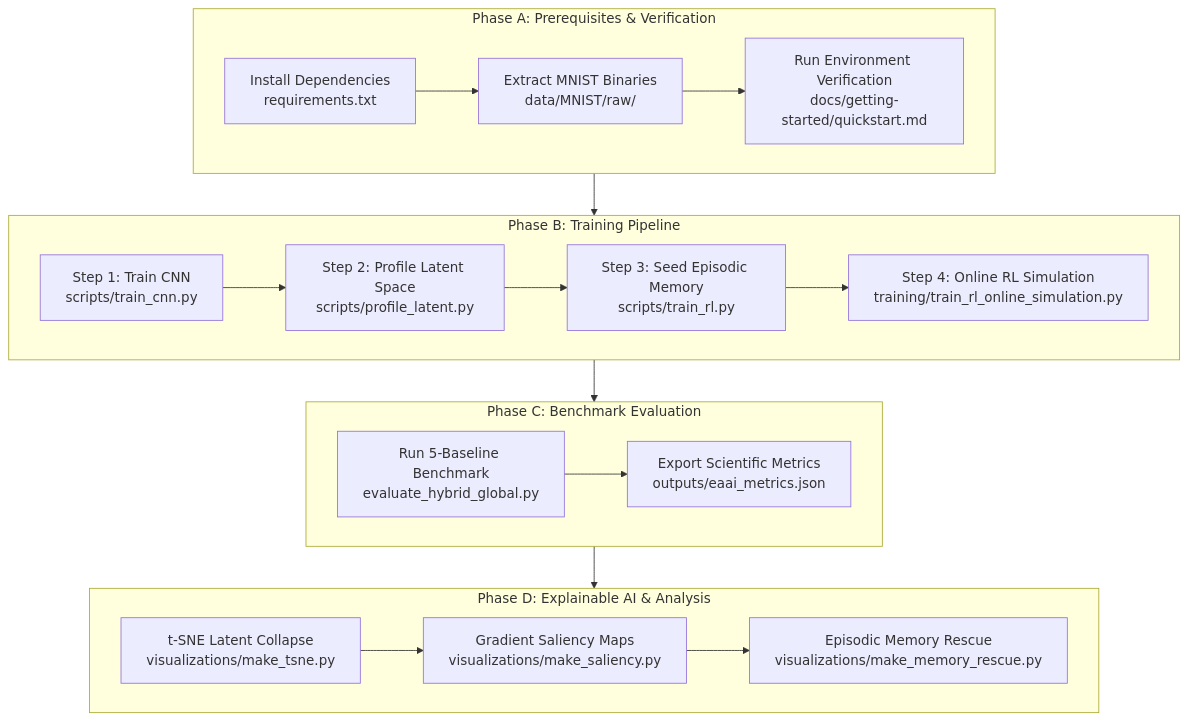
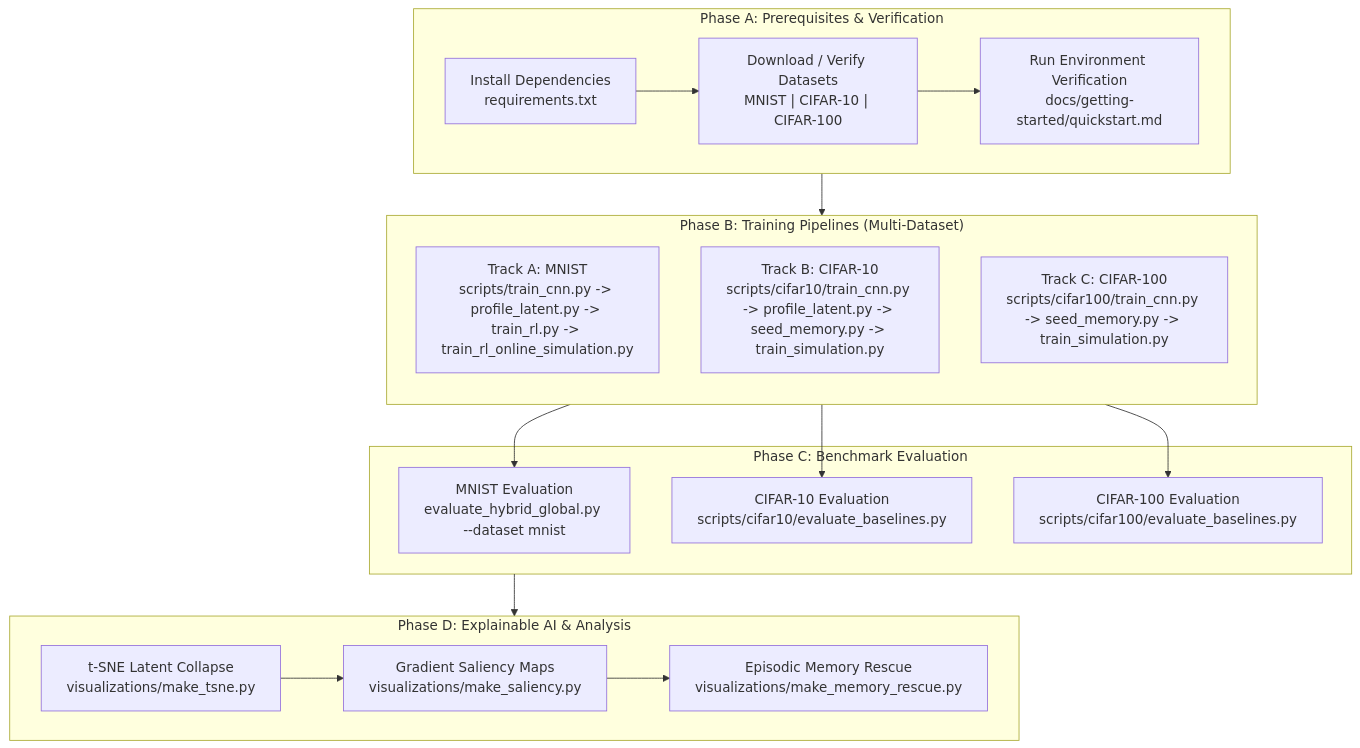
The diagram in docs/guides/README.md (Santiago-1211173/projeto-cnn), drawn with Mermaid before and after one commit. The commit also changed other lines of this file and 18 other files, not shown here.

Commit message:
docs: add comprehensive documentation and architecture guides for CIFAR-100 implementation

````diff
--- a/docs/guides/README.md
+++ b/docs/guides/README.md
@@ -32,32 +32,35 @@
 ```mermaid
 flowchart TD
     subgraph S1["Phase A: Prerequisites & Verification"]
         A1["Install Dependencies<br>requirements.txt"]
-        A2["Extract MNIST Binaries<br>data/MNIST/raw/"]
+        A2["Download / Verify Datasets<br>MNIST | CIFAR-10 | CIFAR-100"]
         A3["Run Environment Verification<br>docs/getting-started/quickstart.md"]
         A1 --> A2 --> A3
     end
 
-    subgraph S2["Phase B: Training Pipeline"]
-        B1["Step 1: Train CNN<br>scripts/train_cnn.py"]
-        B2["Step 2: Profile Latent Space<br>scripts/profile_latent.py"]
-        B3["Step 3: Seed Episodic Memory<br>scripts/train_rl.py"]
-        B4["Step 4: Online RL Simulation<br>training/train_rl_online_simulation.py"]
-        B1 --> B2 --> B3 --> B4
+    subgraph S2["Phase B: Training Pipelines (Multi-Dataset)"]
+        direction TB
+        B_M["Track A: MNIST<br>scripts/train_cnn.py -> profile_latent.py -> train_rl.py -> train_rl_online_simulation.py"]
+        B_C10["Track B: CIFAR-10<br>scripts/cifar10/train_cnn.py -> profile_latent.py -> seed_memory.py -> train_simulation.py"]
+        B_C100["Track C: CIFAR-100<br>scripts/cifar100/train_cnn.py -> seed_memory.py -> train_simulation.py"]
     end
 
     subgraph S3["Phase C: Benchmark Evaluation"]
-        C1["Run 5-Baseline Benchmark<br>evaluate_hybrid_global.py"]
-        C2["Export Scientific Metrics<br>outputs/eaai_metrics.json"]
-        C1 --> C2
+        C_M["MNIST Evaluation<br>evaluate_hybrid_global.py --dataset mnist"]
+        C_C10["CIFAR-10 Evaluation<br>scripts/cifar10/evaluate_baselines.py"]
+        C_C100["CIFAR-100 Evaluation<br>scripts/cifar100/evaluate_baselines.py"]
     end
 
     subgraph S4["Phase D: Explainable AI & Analysis"]
         D1["t-SNE Latent Collapse<br>visualizations/make_tsne.py"]
         D2["Gradient Saliency Maps<br>visualizations/make_saliency.py"]
         D3["Episodic Memory Rescue<br>visualizations/make_memory_rescue.py"]
         D1 --> D2 --> D3
     end
 
-    S1 --> S2 --> S3 --> S4
+    S1 --> S2
+    B_M --> C_M
+    B_C10 --> C_C10
+    B_C100 --> C_C100
+    S3 --> S4
 ```
````
